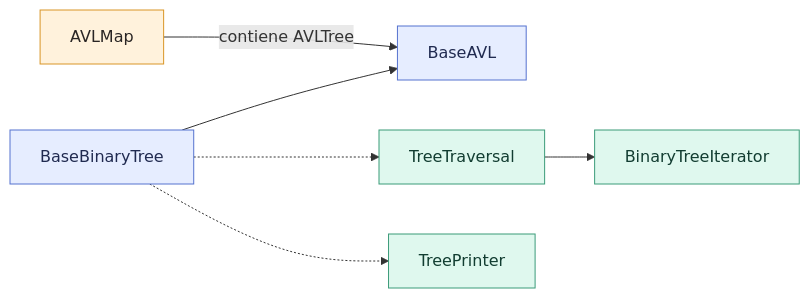
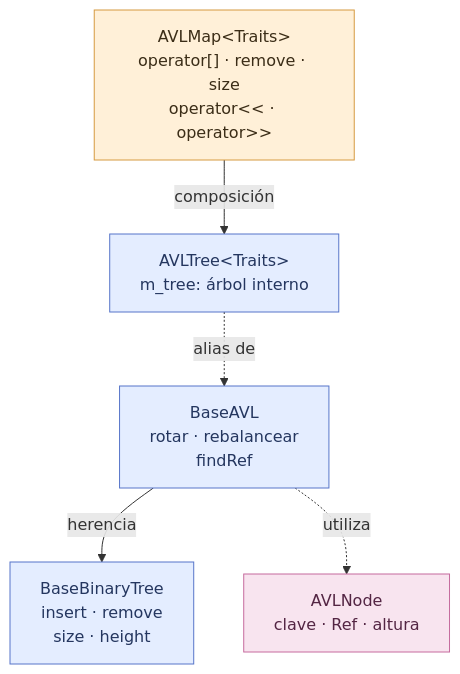
The fourth of 4 diagrams in README.md (cdiazcs/2026-II-CS-UNI-CC0E5-AEDAv), drawn with Mermaid before and after one commit. The commit also changed other lines of this file, not shown here.

````diff
--- a/README.md
+++ b/README.md
@@ -32,23 +223,25 @@
 ```mermaid
-flowchart LR
-    BT["BaseBinaryTree"]
-    AVL["BaseAVL"]
-    IT["BinaryTreeIterator"]
-    TT["TreeTraversal"]
-    PR["TreePrinter"]
-    MAP["AVLMap"]
+flowchart TB
+    MAP["AVLMap&lt;Traits&gt;<br/>operator[] · remove · size<br/>operator<< · operator>>"]
 
-    BT --> AVL
-    BT -.-> TT
-    TT --> IT
-    BT -.-> PR
-    MAP -->|"contiene AVLTree"| AVL
+    TREE["AVLTree&lt;Traits&gt;<br/>m_tree: árbol interno"]
 
-    classDef tree fill:#e6edff,stroke:#5572cf,color:#202a50
-    classDef support fill:#dff8ee,stroke:#3b9b79,color:#123d31
-    classDef map fill:#fff2dc,stroke:#d99526,color:#292524
+    AVL["BaseAVL<br/>rotar · rebalancear<br/>findRef"]
 
-    class BT,AVL tree
-    class IT,TT,PR support
+    BT["BaseBinaryTree<br/>insert · remove<br/>size · height"]
+
+    NODE["AVLNode<br/>clave · Ref · altura"]
+
+    MAP -->|"composición"| TREE
+    TREE -.->|"alias de"| AVL
+    AVL -->|"herencia"| BT
+    AVL -.->|"utiliza"| NODE
+
+    classDef map fill:#fff0d8,stroke:#d69a40,color:#3b2d17
+    classDef tree fill:#e4edff,stroke:#5775c9,color:#24365f
+    classDef node fill:#f8e4ef,stroke:#c66b9e,color:#532543
+
     class MAP map
+    class TREE,AVL,BT tree
+    class NODE node
 ```
````
